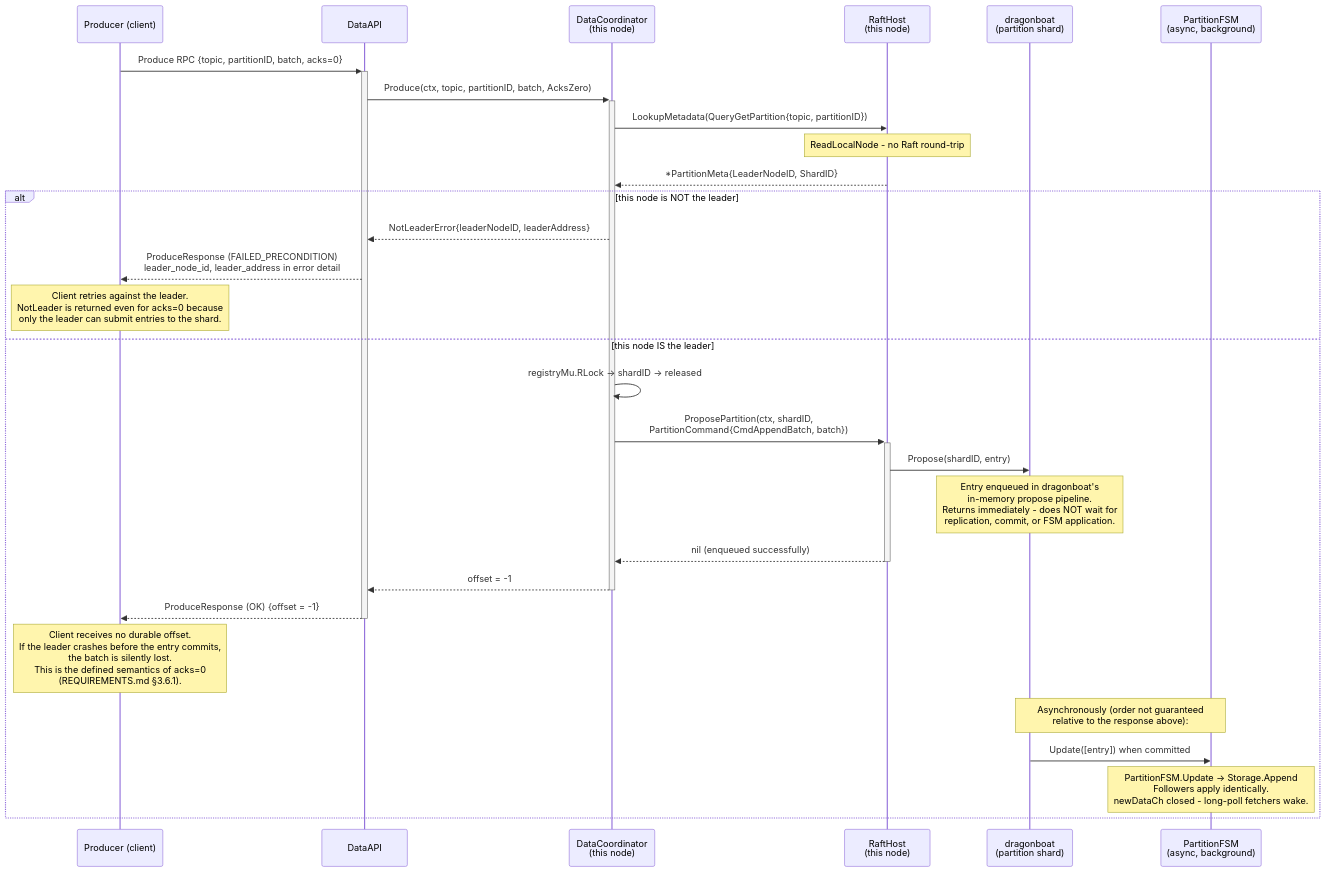
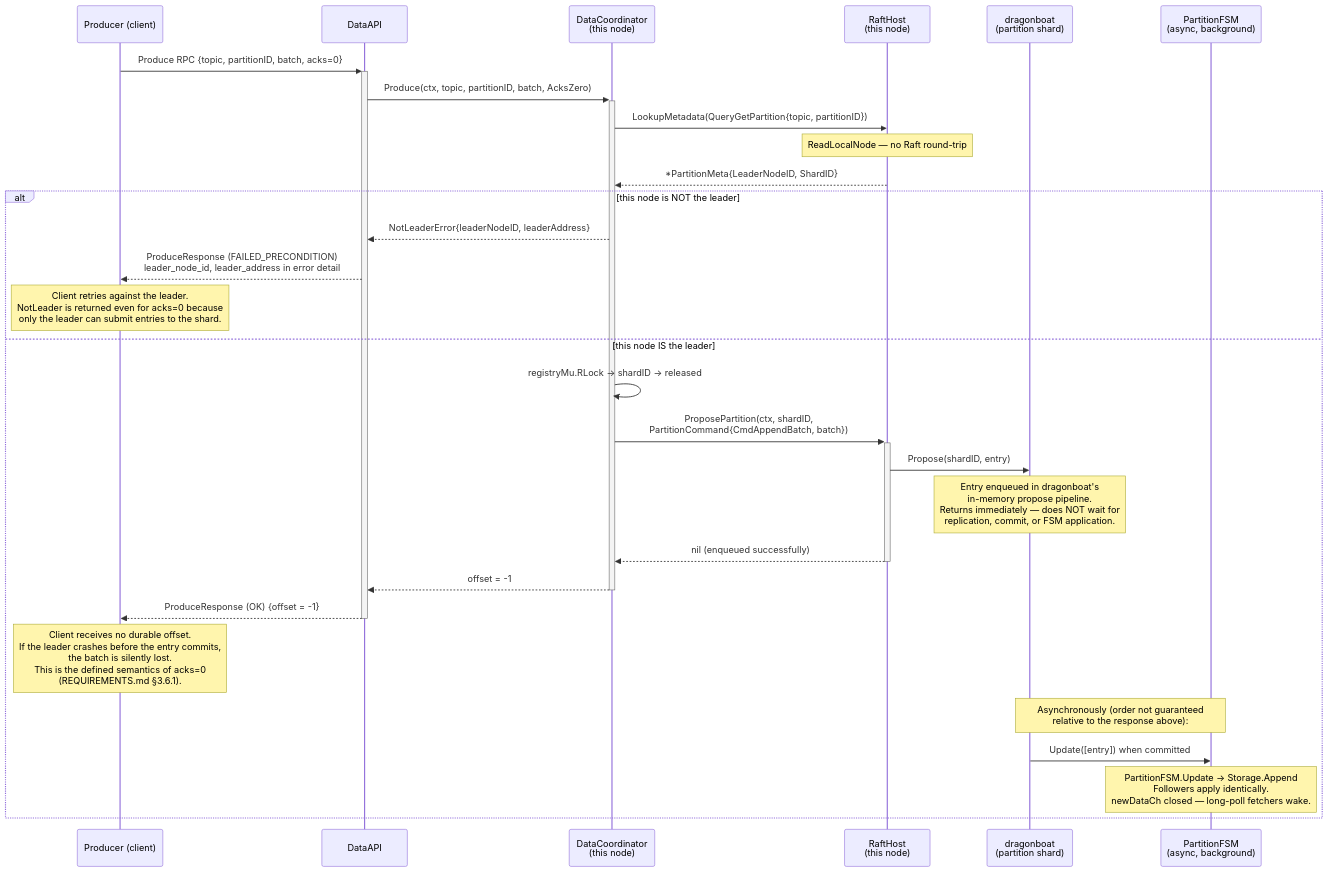
One commit to bunnymq/bunnymq changed the diagram in docs/design/sequence/produce-acks-0.md. Above: the diagram before and after it, drawn with Mermaid. The commit also changed other lines of this file and 86 other files, not shown here.

````diff
--- a/docs/design/sequence/produce-acks-0.md
+++ b/docs/design/sequence/produce-acks-0.md
@@ -5,38 +5,38 @@
 ```mermaid
 sequenceDiagram
     participant P as Producer (client)
     participant DAPI as DataAPI
     participant DC as DataCoordinator<br/>(this node)
     participant RH as RaftHost<br/>(this node)
     participant DB as dragonboat<br/>(partition shard)
     participant PFSM as PartitionFSM<br/>(async, background)
 
     P->>+DAPI: Produce RPC {topic, partitionID, batch, acks=0}
     DAPI->>+DC: Produce(ctx, topic, partitionID, batch, AcksZero)
 
     DC->>RH: LookupMetadata(QueryGetPartition{topic, partitionID})
-    Note over RH: ReadLocalNode - no Raft round-trip
+    Note over RH: ReadLocalNode — no Raft round-trip
     RH-->>DC: *PartitionMeta{LeaderNodeID, ShardID}
 
     alt this node is NOT the leader
         DC-->>DAPI: NotLeaderError{leaderNodeID, leaderAddress}
         DAPI-->>P: ProduceResponse (FAILED_PRECONDITION)<br/>leader_node_id, leader_address in error detail
         Note over P: Client retries against the leader.<br/>NotLeader is returned even for acks=0 because<br/>only the leader can submit entries to the shard.
     else this node IS the leader
         DC->>DC: registryMu.RLock → shardID → released
 
         DC->>+RH: ProposePartition(ctx, shardID,<br/>PartitionCommand{CmdAppendBatch, batch})
         RH->>DB: Propose(shardID, entry)
-        Note over DB: Entry enqueued in dragonboat's<br/>in-memory propose pipeline.<br/>Returns immediately - does NOT wait for<br/>replication, commit, or FSM application.
+        Note over DB: Entry enqueued in dragonboat's<br/>in-memory propose pipeline.<br/>Returns immediately — does NOT wait for<br/>replication, commit, or FSM application.
         RH-->>-DC: nil (enqueued successfully)
 
         DC-->>-DAPI: offset = -1
         DAPI-->>-P: ProduceResponse (OK) {offset = -1}
 
         Note over P: Client receives no durable offset.<br/>If the leader crashes before the entry commits,<br/>the batch is silently lost.<br/>This is the defined semantics of acks=0<br/>(REQUIREMENTS.md §3.6.1).
 
         Note over DB,PFSM: Asynchronously (order not guaranteed<br/>relative to the response above):
         DB->>PFSM: Update([entry]) when committed
-        Note over PFSM: PartitionFSM.Update → Storage.Append<br/>Followers apply identically.<br/>newDataCh closed - long-poll fetchers wake.
+        Note over PFSM: PartitionFSM.Update → Storage.Append<br/>Followers apply identically.<br/>newDataCh closed — long-poll fetchers wake.
     end
 ```
````
